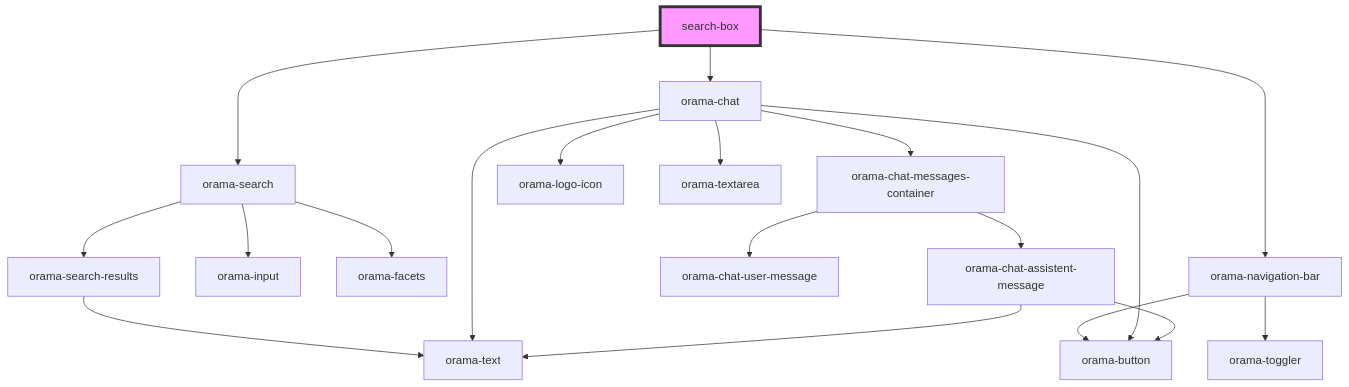
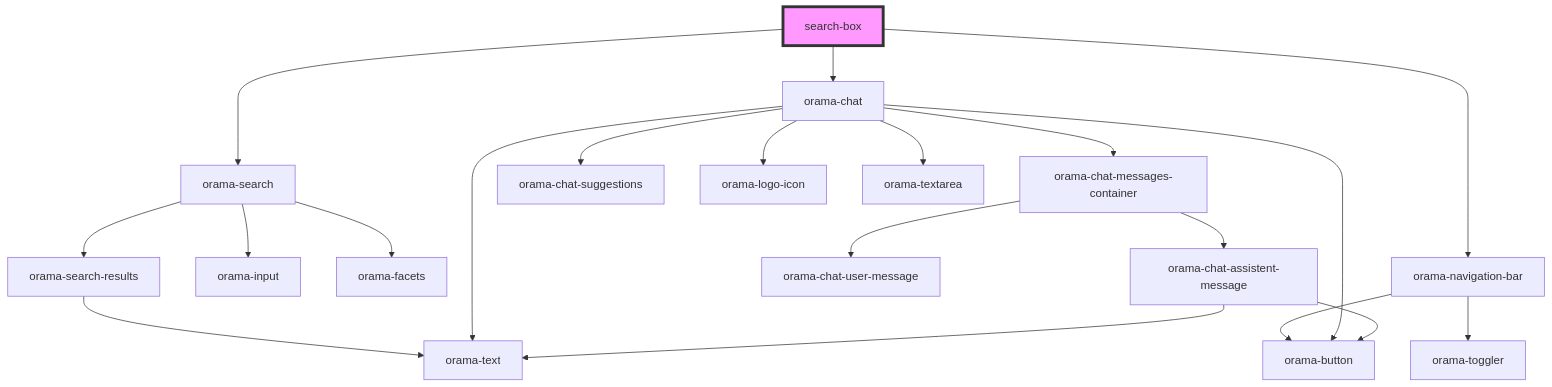
One commit to askorama/orama-ui-components changed the diagram in packages/ui-stencil/src/components/search-box/readme.md. Above: the diagram before and after it, drawn with Mermaid. The commit also changed 18 other files, not shown here.

````diff
--- a/packages/ui-stencil/src/components/search-box/readme.md
+++ b/packages/ui-stencil/src/components/search-box/readme.md
@@ -26,22 +26,23 @@
 ```mermaid
 graph TD;
   search-box --> orama-navigation-bar
   search-box --> orama-search
   search-box --> orama-chat
   orama-navigation-bar --> orama-button
   orama-navigation-bar --> orama-toggler
   orama-search --> orama-input
   orama-search --> orama-facets
   orama-search --> orama-search-results
   orama-search-results --> orama-text
   orama-chat --> orama-chat-messages-container
+  orama-chat --> orama-chat-suggestions
   orama-chat --> orama-logo-icon
   orama-chat --> orama-textarea
   orama-chat --> orama-button
   orama-chat --> orama-text
   orama-chat-messages-container --> orama-chat-user-message
   orama-chat-messages-container --> orama-chat-assistent-message
   orama-chat-assistent-message --> orama-button
   orama-chat-assistent-message --> orama-text
   style search-box fill:#f9f,stroke:#333,stroke-width:4px
 ```
````
